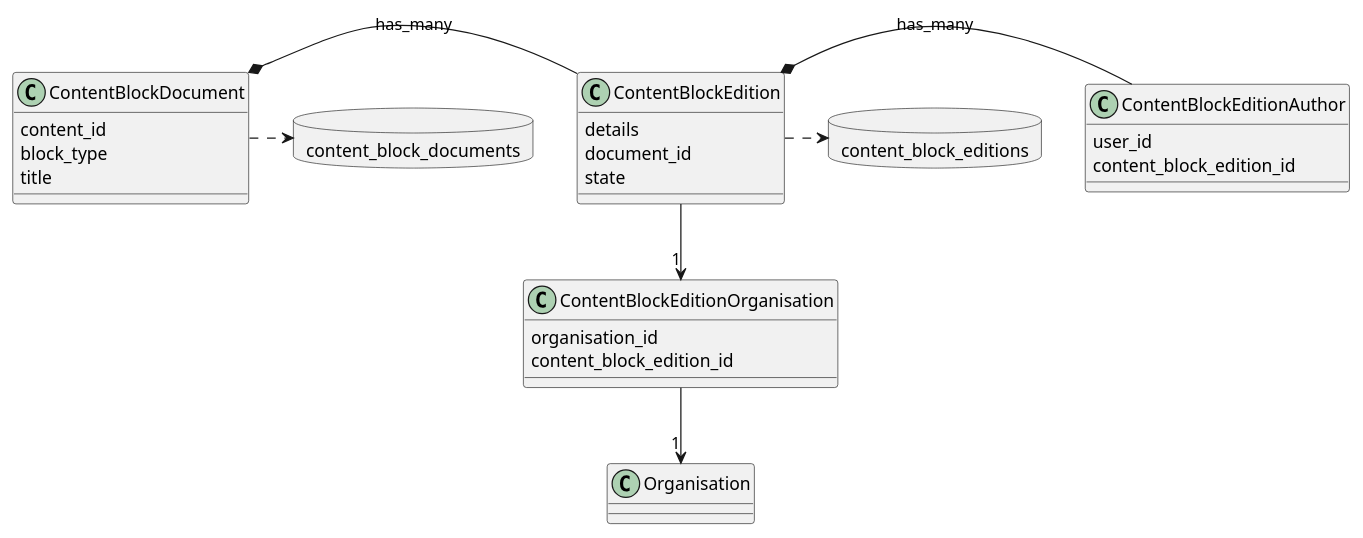
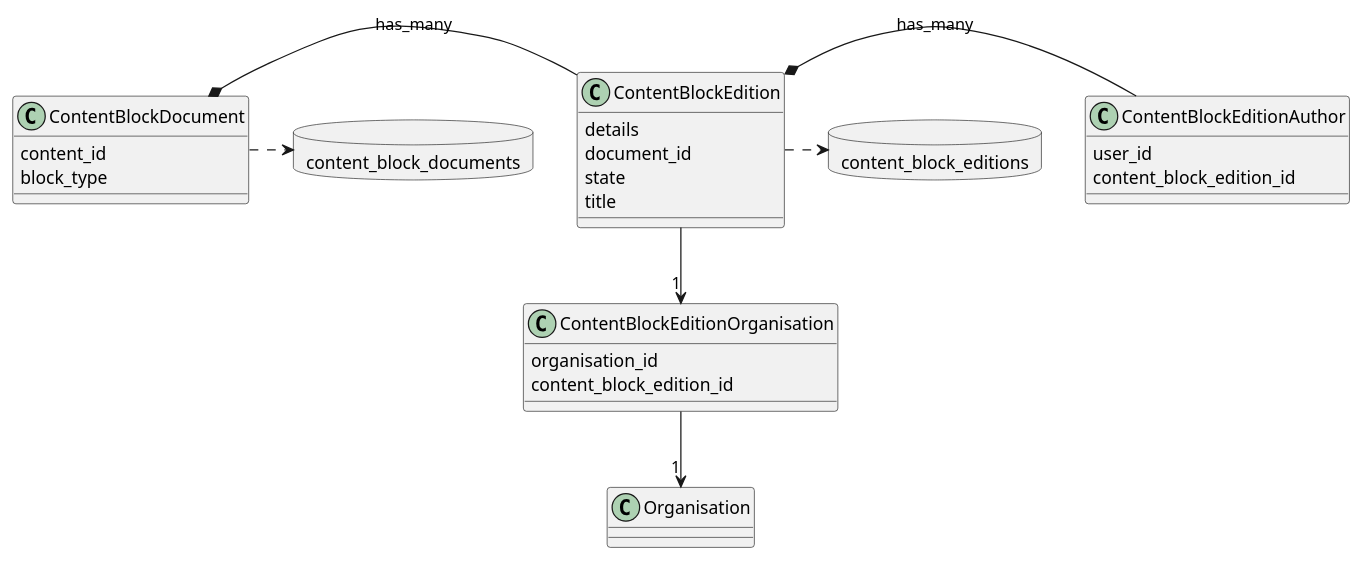
The diagram in docs/diagrams/content_block_manager_models.puml (alphagov/whitehall), drawn with PlantUML before and after one commit. The commit also changed other lines of this file and 1 other file, not shown here.

First line of the commit message:
update content block editions model diagram

```diff
--- a/docs/diagrams/content_block_manager_models.puml
+++ b/docs/diagrams/content_block_manager_models.puml
@@ -1,42 +1,42 @@
 @startuml object_store_models
 allowmixing
 hide empty description
 
 together {
     class ContentBlockDocument {
         content_id
         block_type
-        title
     }
     database content_block_documents
     ContentBlockDocument .> content_block_documents
 }
 
 together {
     class ContentBlockEdition {
         details
         document_id
         state
+        title
     }
     database content_block_editions
     ContentBlockEdition .> content_block_editions
 }
 
 class ContentBlockEditionAuthor {
         user_id
         content_block_edition_id
 }
 
 class ContentBlockEditionOrganisation {
         organisation_id
         content_block_edition_id
 }
 
 class Organisation
 
 ContentBlockDocument *-r- ContentBlockEdition : "has_many"
 ContentBlockEdition *-r- ContentBlockEditionAuthor : "has_many"
 ContentBlockEdition --> "1" ContentBlockEditionOrganisation
 ContentBlockEditionOrganisation --> "1" Organisation
 
 @enduml
```
